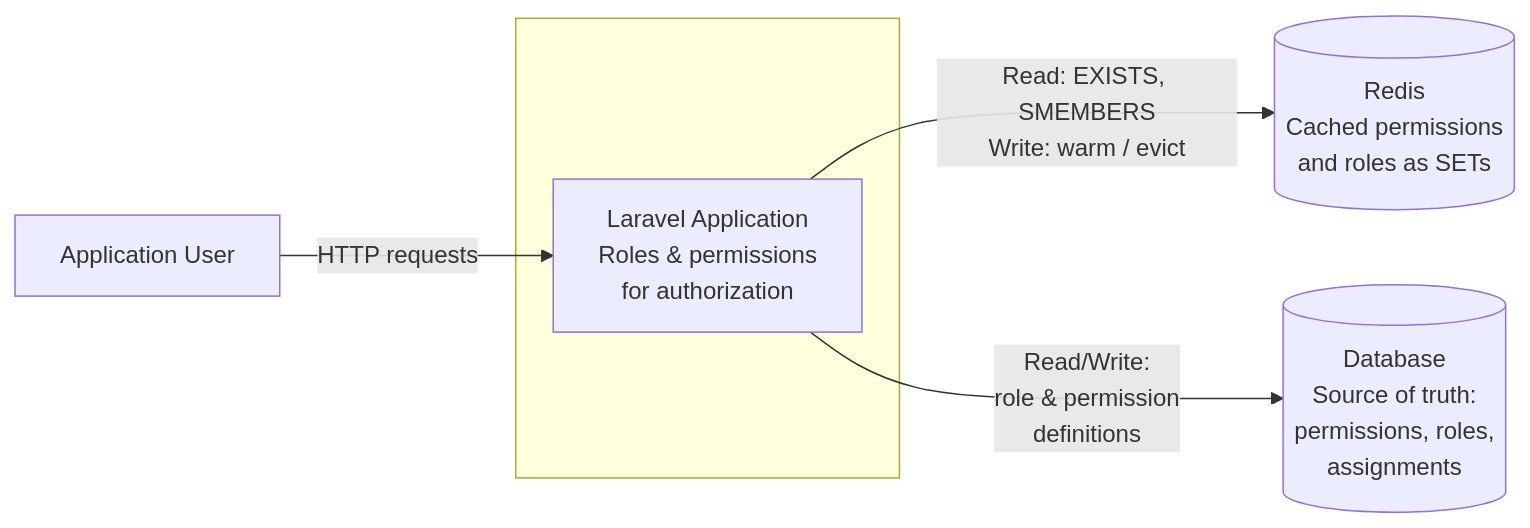
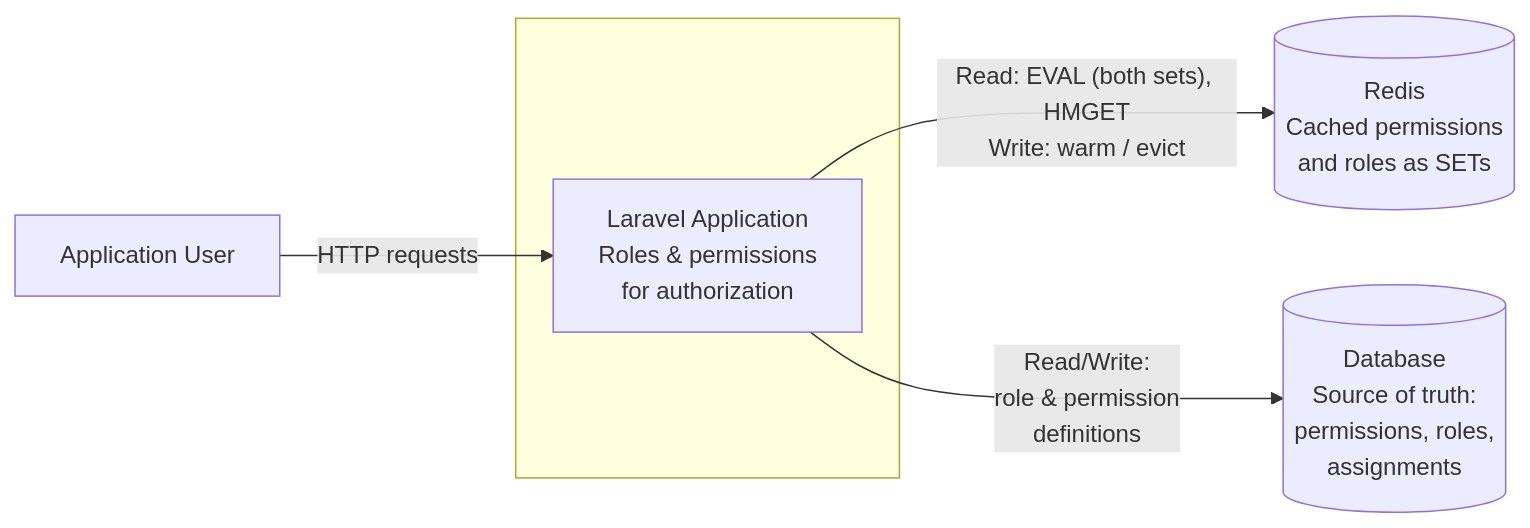
Before and after one commit to scabarcas17/laravel-permissions-redis: the first of 4 diagrams in README.md, drawn with Mermaid. The commit also changed other lines of this file and 2 other files, not shown here.

Commit message:
docs: 4.3.0 changelog and README for the one-command read

````diff
--- a/README.md
+++ b/README.md
@@ -113,15 +113,15 @@
 ```mermaid
 flowchart LR
     User["Application User"]
 
     subgraph system [" "]
         App["Laravel Application\nRoles & permissions\nfor authorization"]
     end
 
     Redis[("Redis\nCached permissions\nand roles as SETs")]
     DB[("Database\nSource of truth:\npermissions, roles,\nassignments")]
 
     User -- "HTTP requests" --> App
-    App -- "Read: EXISTS, SMEMBERS\nWrite: warm / evict" --> Redis
+    App -- "Read: EVAL (both sets), HMGET\nWrite: warm / evict" --> Redis
     App -- "Read/Write:\nrole & permission\ndefinitions" --> DB
 ```
````
